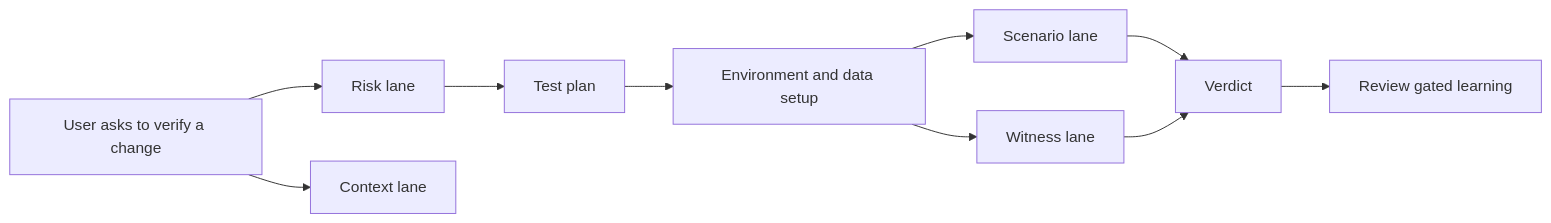
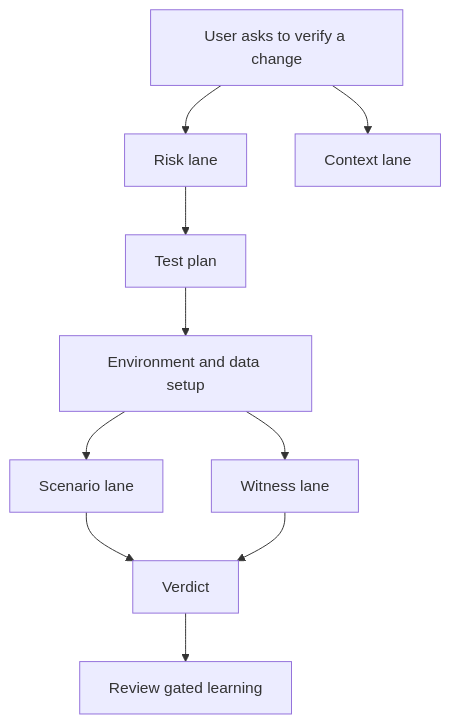
Before and after one commit to KKcorps/kharekartik.github.io: the diagram in src/content/posts/i-am-building-a-qa-agent-because-coding-got-too-fast.md, drawn with Mermaid. The commit also changed other lines of this file and 2 other files, not shown here.

````diff
--- a/src/content/posts/i-am-building-a-qa-agent-because-coding-got-too-fast.md
+++ b/src/content/posts/i-am-building-a-qa-agent-because-coding-got-too-fast.md
@@ -39,12 +39,12 @@
 ```mermaid
-flowchart LR
+flowchart TD
   U["User asks to verify a change"] --> R["Risk lane"]
   U --> C["Context lane"]
   R --> P["Test plan"]
   P --> D["Environment and data setup"]
   D --> S["Scenario lane"]
   D --> W["Witness lane"]
   S --> V["Verdict"]
   W --> V
   V --> L["Review gated learning"]
 ```
````
